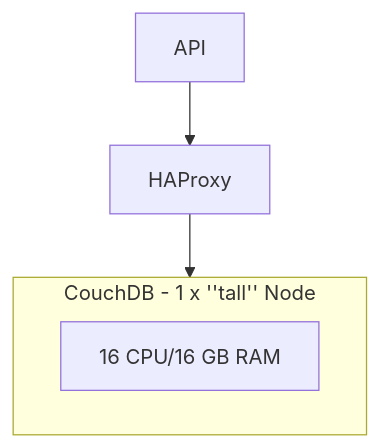
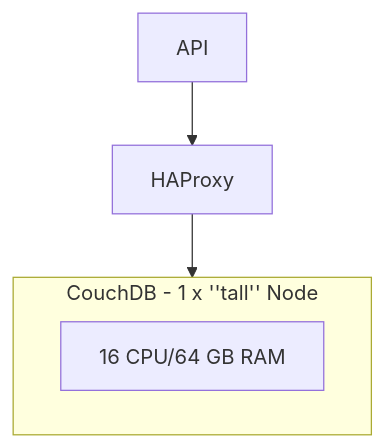
One commit to medic/cht-docs changed the second of 3 diagrams in content/en/hosting/vertical-vs-horizontal.md. Above: the diagram before and after it, drawn with Mermaid. The commit also changed other lines of this file and 6 other files, not shown here.

````diff
--- a/content/en/hosting/vertical-vs-horizontal.md
+++ b/content/en/hosting/vertical-vs-horizontal.md
@@ -40,9 +40,9 @@
 ```mermaid
 flowchart TD
 
 subgraph couch2[" CouchDB - 1 x ''tall'' Node "]
-    couchInner2["16 CPU/16 GB RAM"]
+    couchInner2["16 CPU/64 GB RAM"]
 end
 
 API["API"] --> HAProxy -->  couch2
 ```
````
